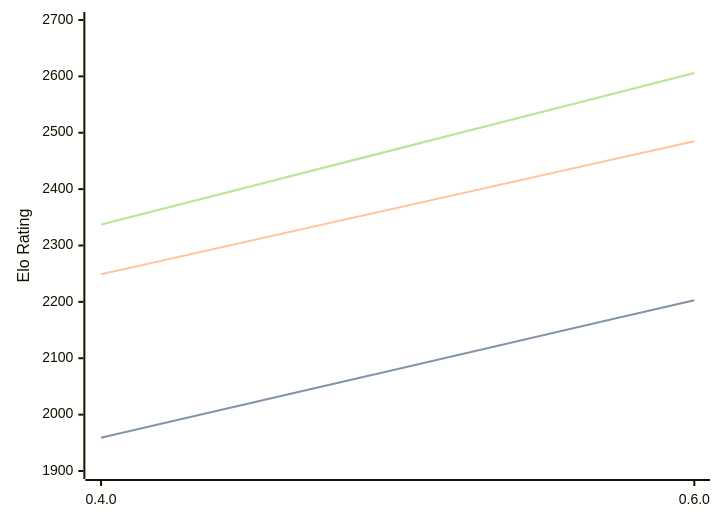
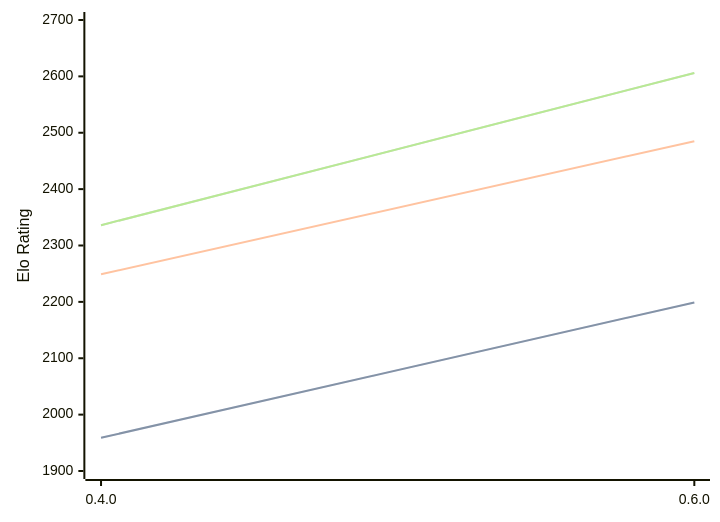
One commit to computer-chess-index/cci changed the diagram in engines/Ariadne.md. Above: the diagram before and after it, drawn with Mermaid. The commit also changed other lines of this file, not shown here.

Commit message:
Update CCI Ratings (ELO VLTC) - 2026-09-21

````diff
--- a/engines/Ariadne.md
+++ b/engines/Ariadne.md
@@ -36,11 +36,11 @@
 ```mermaid
 %%{init: {"theme":"base","themeVariables":{"seriesColors:['#a3a3a3','#222221','#faa371']}}}%%
 xychart-beta
   x-axis ["0.4.0", "0.6.0"]
   y-axis "Elo Rating" 1900 --> 2700
-  line "" [1959, 2203]
-  line "STC (8.0+0.08s)" [1959, 2203]
+  line "" [1959, 2199]
+  line "STC (8.0+0.08s)" [1959, 2199]
   line "LTC (60.0+0.60s)" [2249, 2485]
-  line "" [2337, 2606]
-  line "VLTC (2m24s+1.12s)" [2337, 2606]
+  line "" [2336, 2606]
+  line "VLTC (2m24s+1.12s)" [2336, 2606]
 ```
````
